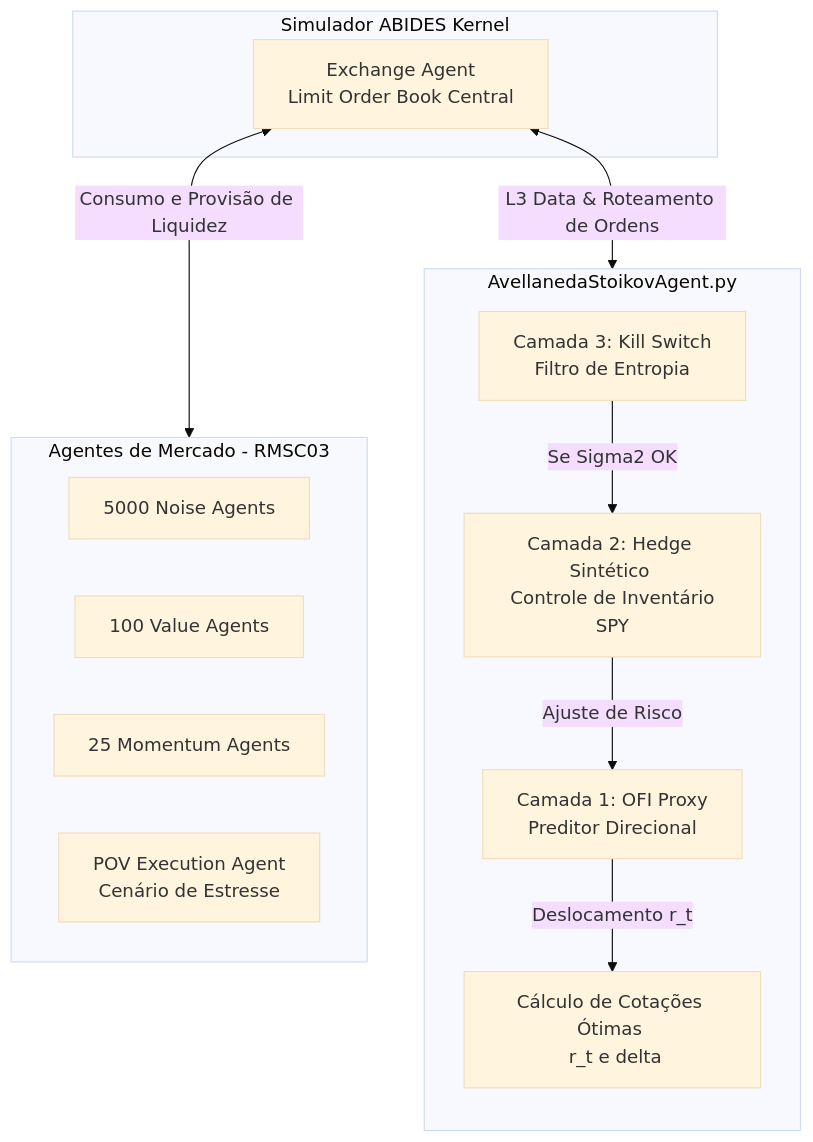
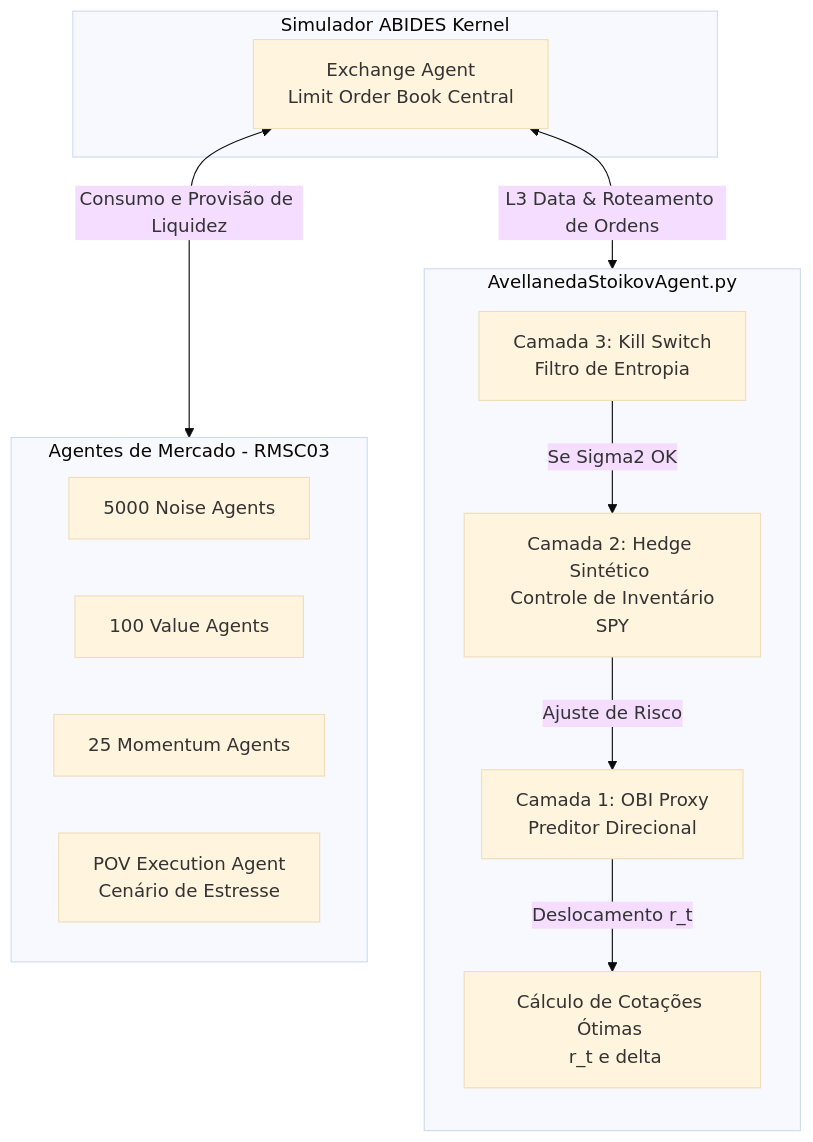
Before and after one commit to BrunoDrezza/tcc-market-making-abides: the diagram in README.md, drawn with Mermaid (base theme). The commit also changed other lines of this file and 2 other files, not shown here.

````diff
--- a/README.md
+++ b/README.md
@@ -27,28 +27,28 @@
 ```mermaid
 graph TD
     subgraph ABIDES [Simulador ABIDES Kernel]
         EA[Exchange Agent <br/> Limit Order Book Central]
     end
 
     subgraph Ecologia [Agentes de Mercado - RMSC03]
         NA[5000 Noise Agents]
         VA[100 Value Agents]
         MA[25 Momentum Agents]
         POV[POV Execution Agent <br/> Cenário de Estresse]
     end
 
     subgraph AS_Agent [AvellanedaStoikovAgent.py]
         direction TB
         Calc[Cálculo de Cotações Ótimas <br/> r_t e delta]
-        L1[Camada 1: OFI Proxy <br/> Preditor Direcional]
+        L1[Camada 1: OBI Proxy <br/> Preditor Direcional]
         L2[Camada 2: Hedge Sintético <br/> Controle de Inventário SPY]
         L3[Camada 3: Kill Switch <br/> Filtro de Entropia]
 
         L3 -->|Se Sigma2 OK| L2
         L2 -->|Ajuste de Risco| L1
         L1 -->|Deslocamento r_t| Calc
     end
 
     EA <-->|Consumo e Provisão de Liquidez| Ecologia
     EA <-->|L3 Data & Roteamento de Ordens| AS_Agent
 ```
````
